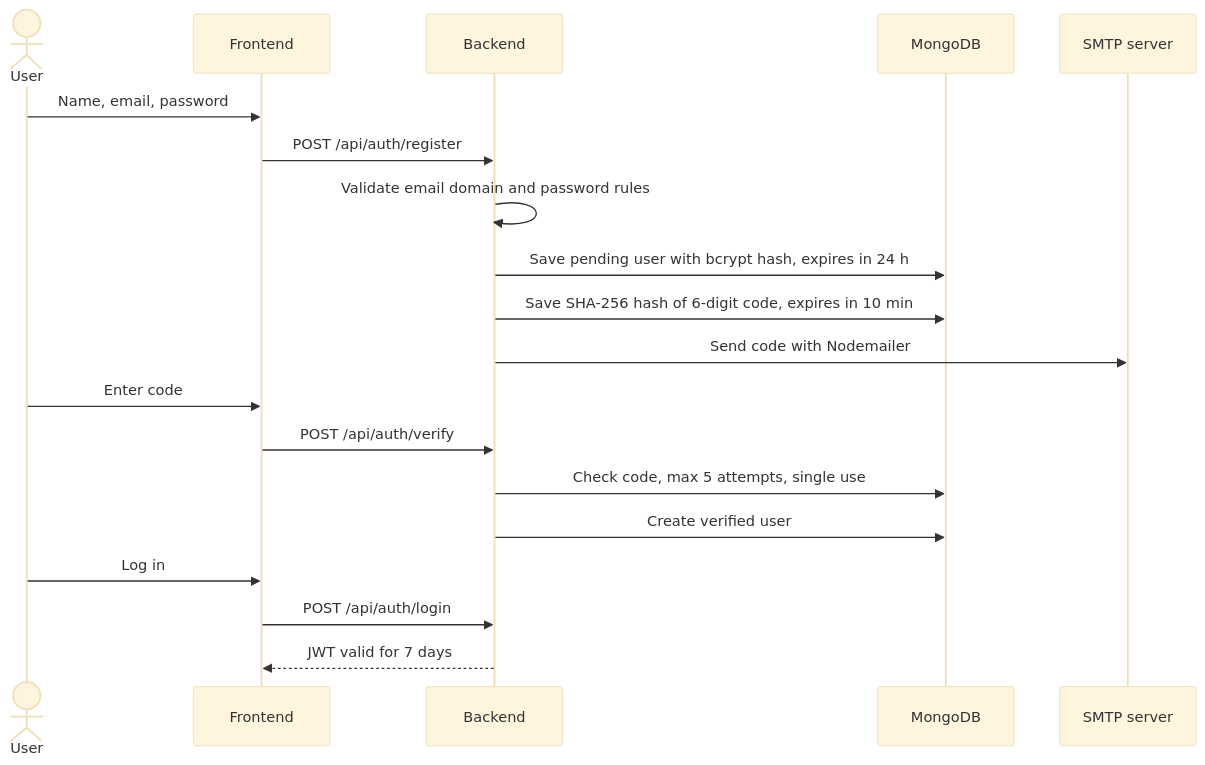
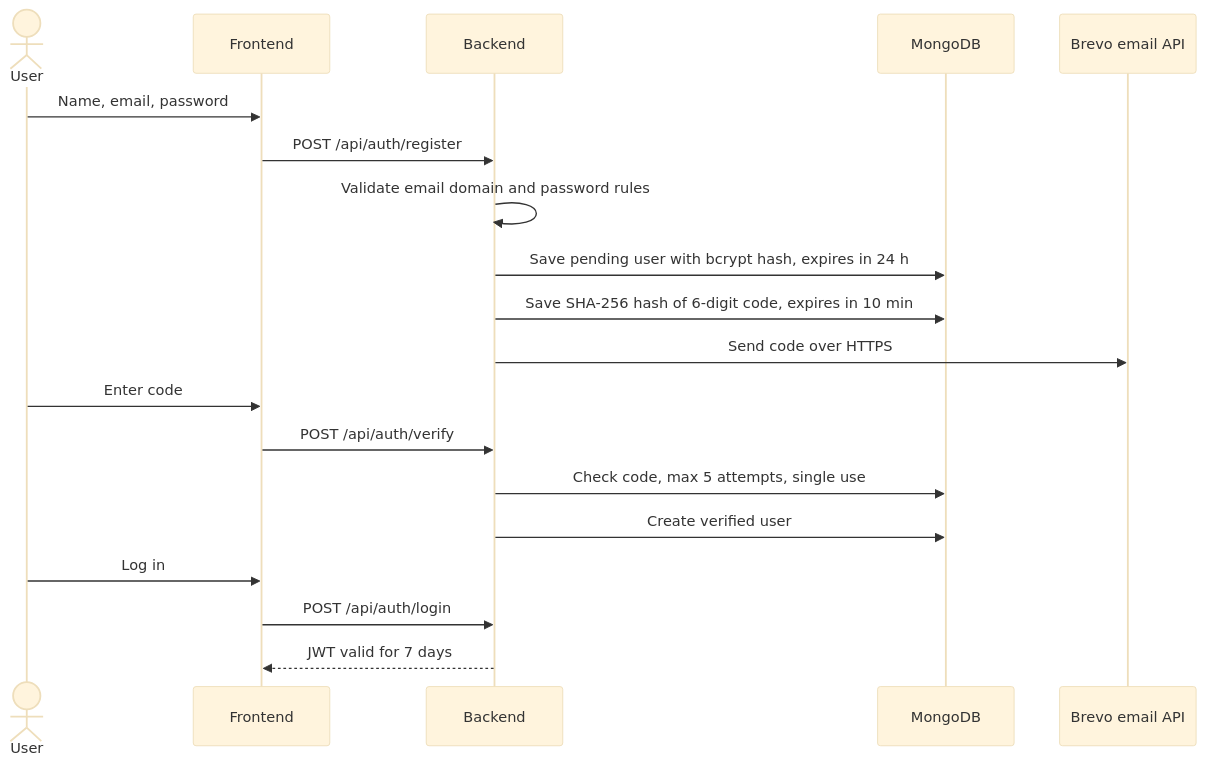
One commit to swatishah946/NowledgeHub changed the second of 4 diagrams in README.md. Above: the diagram before and after it, drawn with Mermaid (base theme). The commit also changed other lines of this file, not shown here.

First line of the commit message:
Revise email service details and backend instructions

````diff
--- a/README.md
+++ b/README.md
@@ -138,22 +139,22 @@
 ```mermaid
 sequenceDiagram
     actor U as User
     participant F as Frontend
     participant B as Backend
     participant DB as MongoDB
-    participant M as SMTP server
+    participant M as Brevo email API
 
     U->>F: Name, email, password
     F->>B: POST /api/auth/register
     B->>B: Validate email domain and password rules
     B->>DB: Save pending user with bcrypt hash, expires in 24 h
     B->>DB: Save SHA-256 hash of 6-digit code, expires in 10 min
-    B->>M: Send code with Nodemailer
+    B->>M: Send code over HTTPS
     U->>F: Enter code
     F->>B: POST /api/auth/verify
     B->>DB: Check code, max 5 attempts, single use
     B->>DB: Create verified user
     U->>F: Log in
     F->>B: POST /api/auth/login
     B-->>F: JWT valid for 7 days
 ```
````
